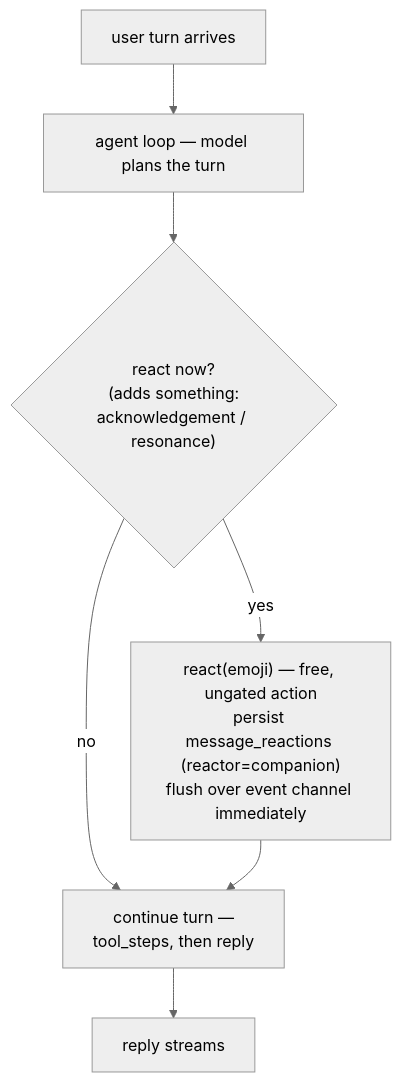
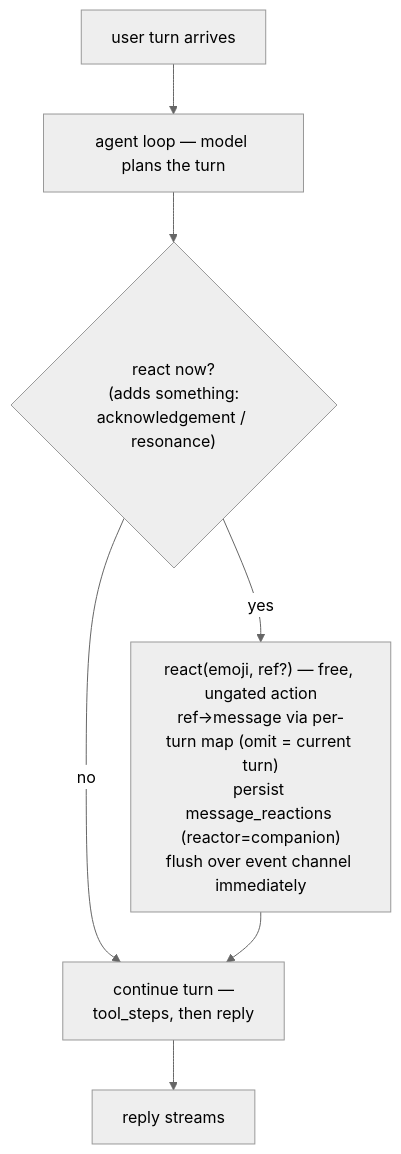
The third of 5 diagrams in docs/companion-reactions.md (CobbleStamp/CobbleCompanion), drawn with Mermaid (neutral theme) before and after one commit. The commit also changed other lines of this file, not shown here.

````diff
--- a/docs/companion-reactions.md
+++ b/docs/companion-reactions.md
@@ -141,9 +164,9 @@
 ```mermaid
 flowchart TD
     A["user turn arrives"] --> B["agent loop — model plans the turn"]
     B --> R{"react now?<br/>(adds something:<br/>acknowledgement / resonance)"}
-    R -->|yes| EMIT["react(emoji) — free, ungated action<br/>persist message_reactions (reactor=companion)<br/>flush over event channel immediately"]
+    R -->|yes| EMIT["react(emoji, ref?) — free, ungated action<br/>ref→message via per-turn map (omit = current turn)<br/>persist message_reactions (reactor=companion)<br/>flush over event channel immediately"]
     R -->|no| WORK
     EMIT --> WORK["continue turn —<br/>tool_steps, then reply"]
     WORK --> DONE["reply streams"]
 ```
````
